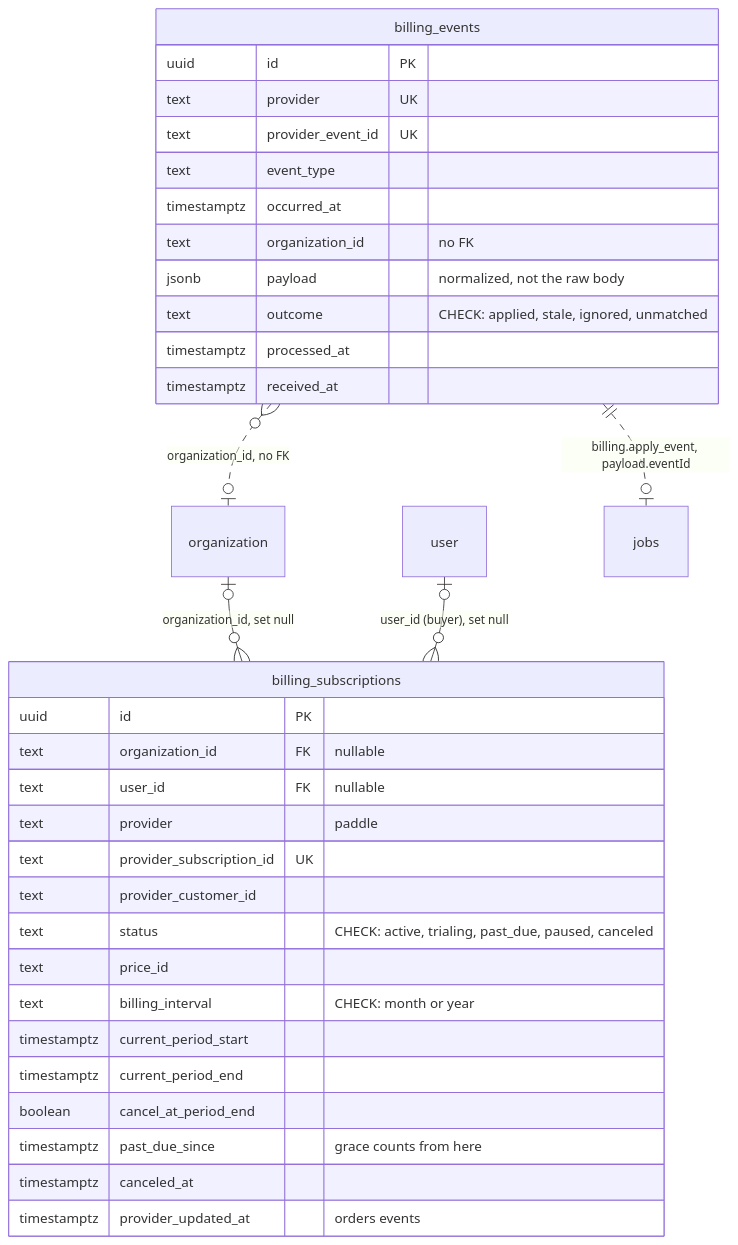
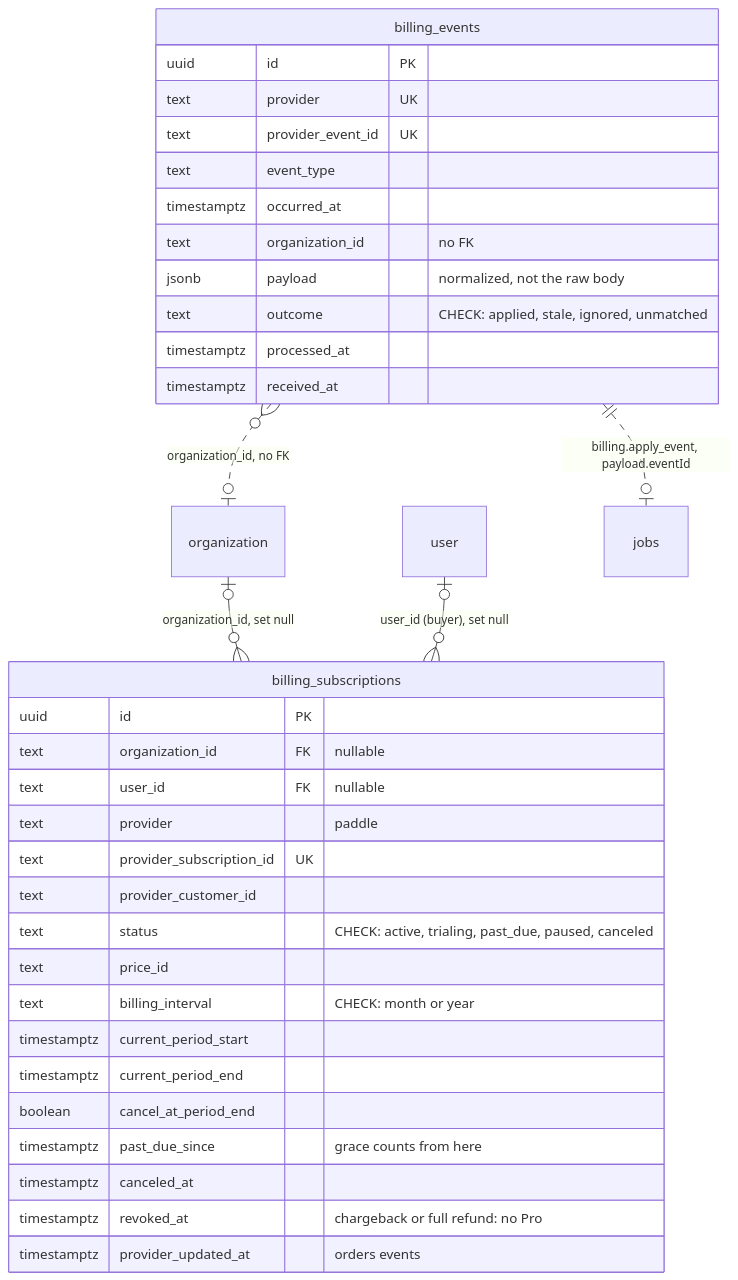
The fifth of 6 diagrams in docs/architecture/data-model.md (bhimrazy/receipt-ocr-app), drawn with Mermaid before and after one commit. The commit also changed other lines of this file and 3 other files, not shown here.

````diff
--- a/docs/architecture/data-model.md
+++ b/docs/architecture/data-model.md
@@ -289,37 +289,38 @@
 ```mermaid
 erDiagram
   organization |o--o{ billing_subscriptions : "organization_id, set null"
   user |o--o{ billing_subscriptions : "user_id (buyer), set null"
   billing_events }o..o| organization : "organization_id, no FK"
   billing_events ||..o| jobs : "billing.apply_event, payload.eventId"
 
   billing_subscriptions {
     uuid id PK
     text organization_id FK "nullable"
     text user_id FK "nullable"
     text provider "paddle"
     text provider_subscription_id UK
     text provider_customer_id
     text status "CHECK: active, trialing, past_due, paused, canceled"
     text price_id
     text billing_interval "CHECK: month or year"
     timestamptz current_period_start
     timestamptz current_period_end
     boolean cancel_at_period_end
     timestamptz past_due_since "grace counts from here"
     timestamptz canceled_at
+    timestamptz revoked_at "chargeback or full refund: no Pro"
     timestamptz provider_updated_at "orders events"
   }
   billing_events {
     uuid id PK
     text provider UK
     text provider_event_id UK
     text event_type
     timestamptz occurred_at
     text organization_id "no FK"
     jsonb payload "normalized, not the raw body"
     text outcome "CHECK: applied, stale, ignored, unmatched"
     timestamptz processed_at
     timestamptz received_at
   }
 ```
````
